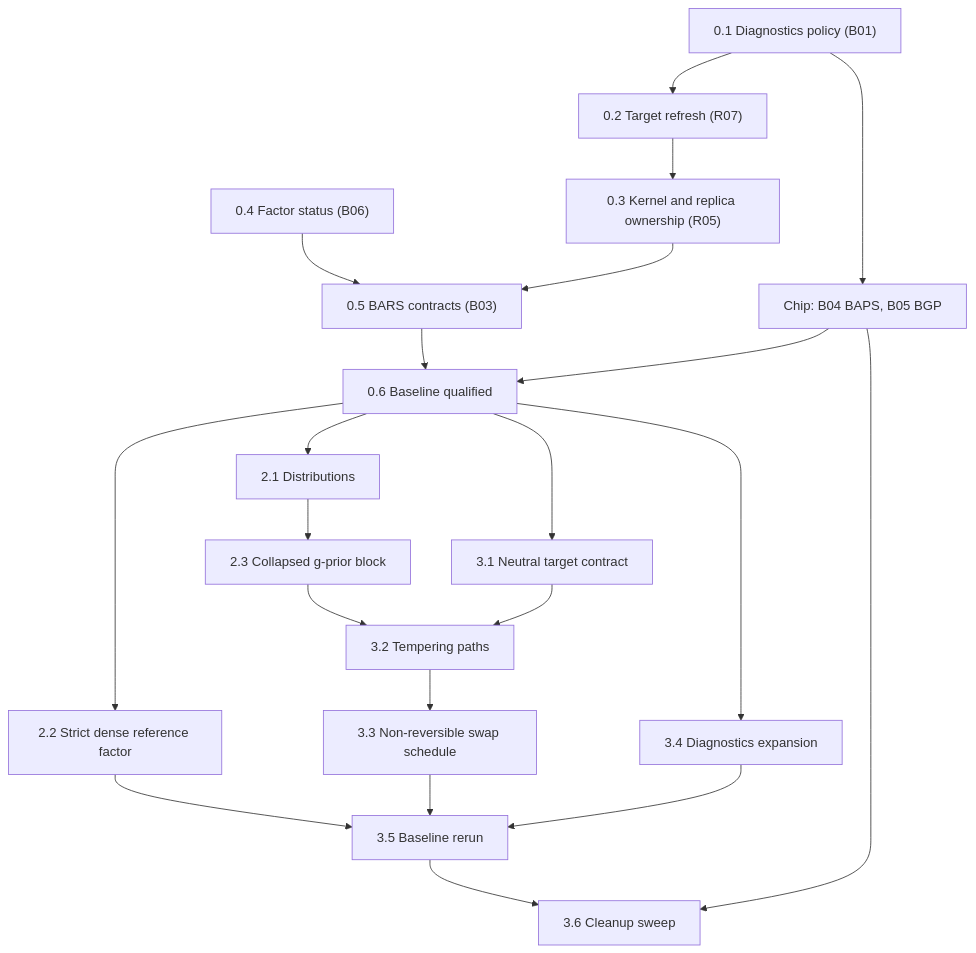
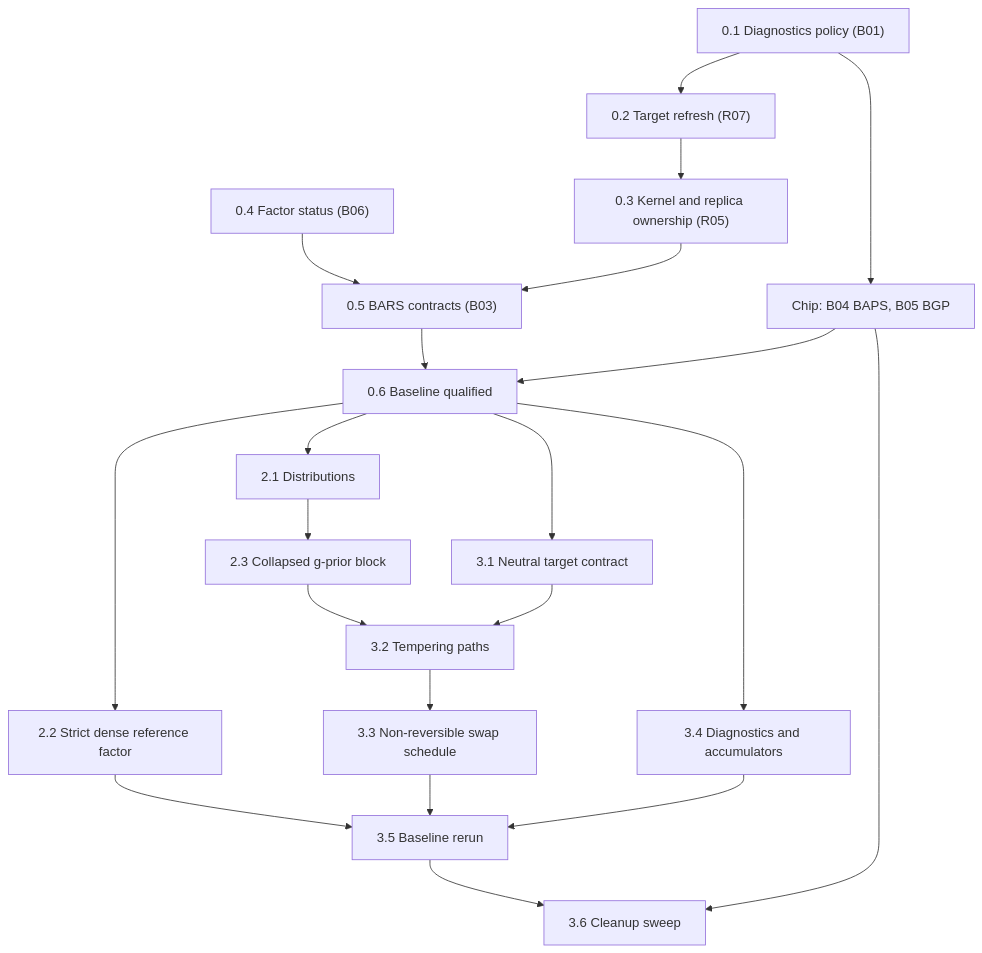
The diagram in issues/regression/bass-preparation-brief.md (aghado01/ThermoMapper), drawn with Mermaid before and after one commit. The commit also changed other lines of this file and 1 other file, not shown here.

````diff
--- a/issues/regression/bass-preparation-brief.md
+++ b/issues/regression/bass-preparation-brief.md
@@ -30,23 +30,23 @@
 ```mermaid
 flowchart TD
     A["0.1 Diagnostics policy (B01)"] --> B["0.2 Target refresh (R07)"]
     B --> C["0.3 Kernel and replica ownership (R05)"]
     A --> X["Chip: B04 BAPS, B05 BGP"]
     D["0.4 Factor status (B06)"] --> E["0.5 BARS contracts (B03)"]
     C --> E
     E --> G["0.6 Baseline qualified"]
     X --> G
     G --> H["2.1 Distributions"]
     G --> I["2.2 Strict dense reference factor"]
     H --> J["2.3 Collapsed g-prior block"]
     G --> K["3.1 Neutral target contract"]
     J --> L["3.2 Tempering paths"]
     K --> L
     L --> M["3.3 Non-reversible swap schedule"]
-    G --> N["3.4 Diagnostics expansion"]
+    G --> N["3.4 Diagnostics and accumulators"]
     I --> O["3.5 Baseline rerun"]
     M --> O
     N --> O
     O --> P["3.6 Cleanup sweep"]
     X --> P
 ```
````
